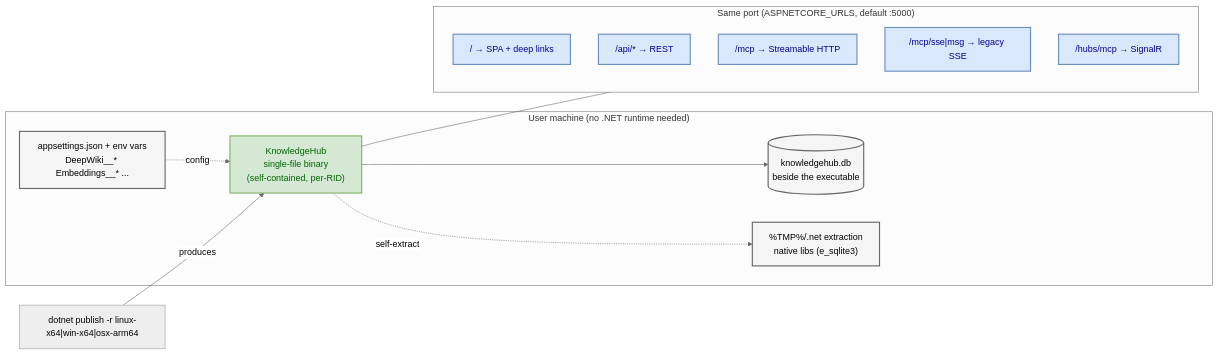
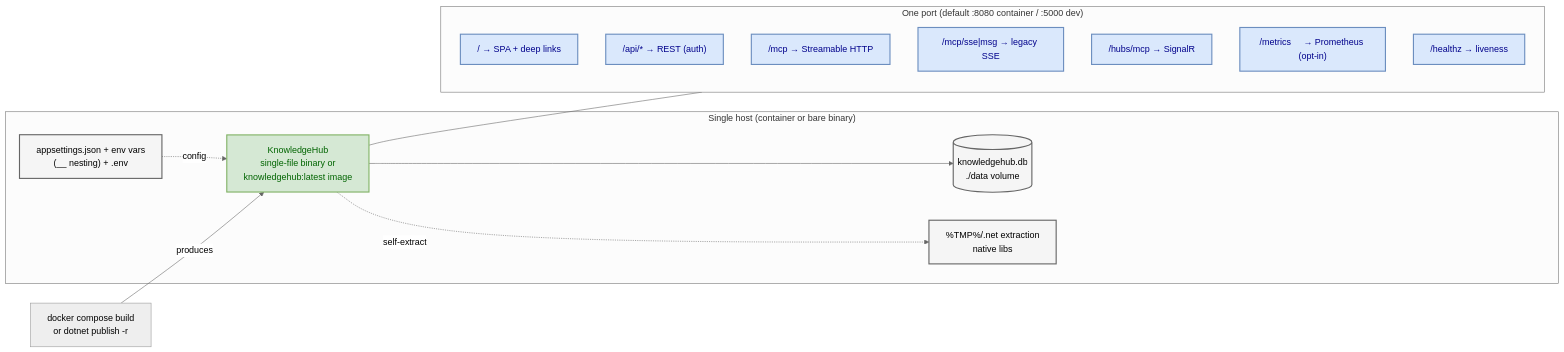
Before and after one commit to afonsoft/LangGraph-UI: the third of 3 diagrams in docs/architecture/system-architecture.md, drawn with Mermaid. The commit also changed other lines of this file and 29 other files, not shown here.

First line of the commit message:
docs: refresh architecture docs, ADRs, READMEs, and aux guides (#173)

````diff
--- a/docs/architecture/system-architecture.md
+++ b/docs/architecture/system-architecture.md
@@ -162,31 +200,33 @@
 ```mermaid
 %%{init: {'theme':'neutral'}}%%
 flowchart LR
-    subgraph Host["User machine (no .NET runtime needed)"]
-        EXE["KnowledgeHub<br/>single-file binary<br/>(self-contained, per-RID)"]
-        DB[("knowledgehub.db<br/>beside the executable")]
-        EXT["%TMP%/.net extraction<br/>native libs (e_sqlite3)"]
-        CFG["appsettings.json + env vars<br/>DeepWiki__* Embeddings__* ..."]
+    subgraph Host["Single host (container or bare binary)"]
+        EXE["KnowledgeHub<br/>single-file binary or<br/>knowledgehub:latest image"]
+        DB[("knowledgehub.db<br/>./data volume")]
+        EXT["%TMP%/.net extraction<br/>native libs"]
+        CFG["appsettings.json + env vars<br/>(__ nesting) + .env"]
         EXE --> DB
         EXE -.->|self-extract| EXT
         CFG -.->|config| EXE
     end
 
-    DEV["dotnet publish -r linux-x64|win-x64|osx-arm64"] -->|produces| EXE
+    DEV["docker compose build<br/>or dotnet publish -r <RID>"] -->|produces| EXE
 
-    subgraph Net["Same port (ASPNETCORE_URLS, default :5000)"]
+    subgraph Net["One port (default :8080 container / :5000 dev)"]
         R1["/            → SPA + deep links"]
-        R2["/api/*       → REST"]
+        R2["/api/*       → REST (auth)"]
         R3["/mcp         → Streamable HTTP"]
         R4["/mcp/sse|msg → legacy SSE"]
         R5["/hubs/mcp    → SignalR"]
+        R6["/metrics     → Prometheus (opt-in)"]
+        R7["/healthz     → liveness"]
     end
     EXE --- Net
 
     classDef bin fill:#d5e8d4,stroke:#82b366,stroke-width:2px,color:darkgreen
     classDef data fill:#f5f5f5,stroke:#666666,stroke-width:2px,color:black
     classDef net fill:#dae8fc,stroke:#6c8ebf,stroke-width:2px,color:darkblue
     class EXE bin
     class DB,EXT,CFG data
-    class R1,R2,R3,R4,R5 net
+    class R1,R2,R3,R4,R5,R6,R7 net
 ```
````
